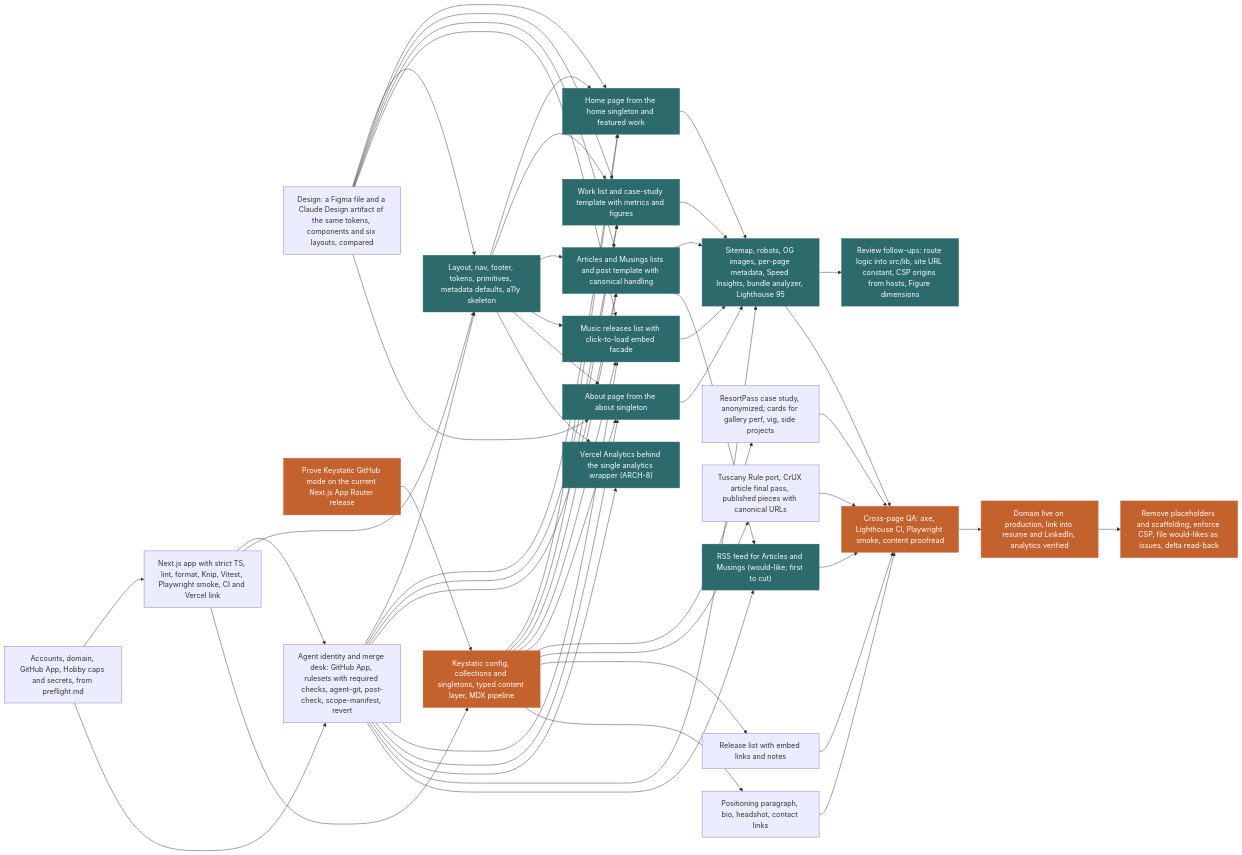
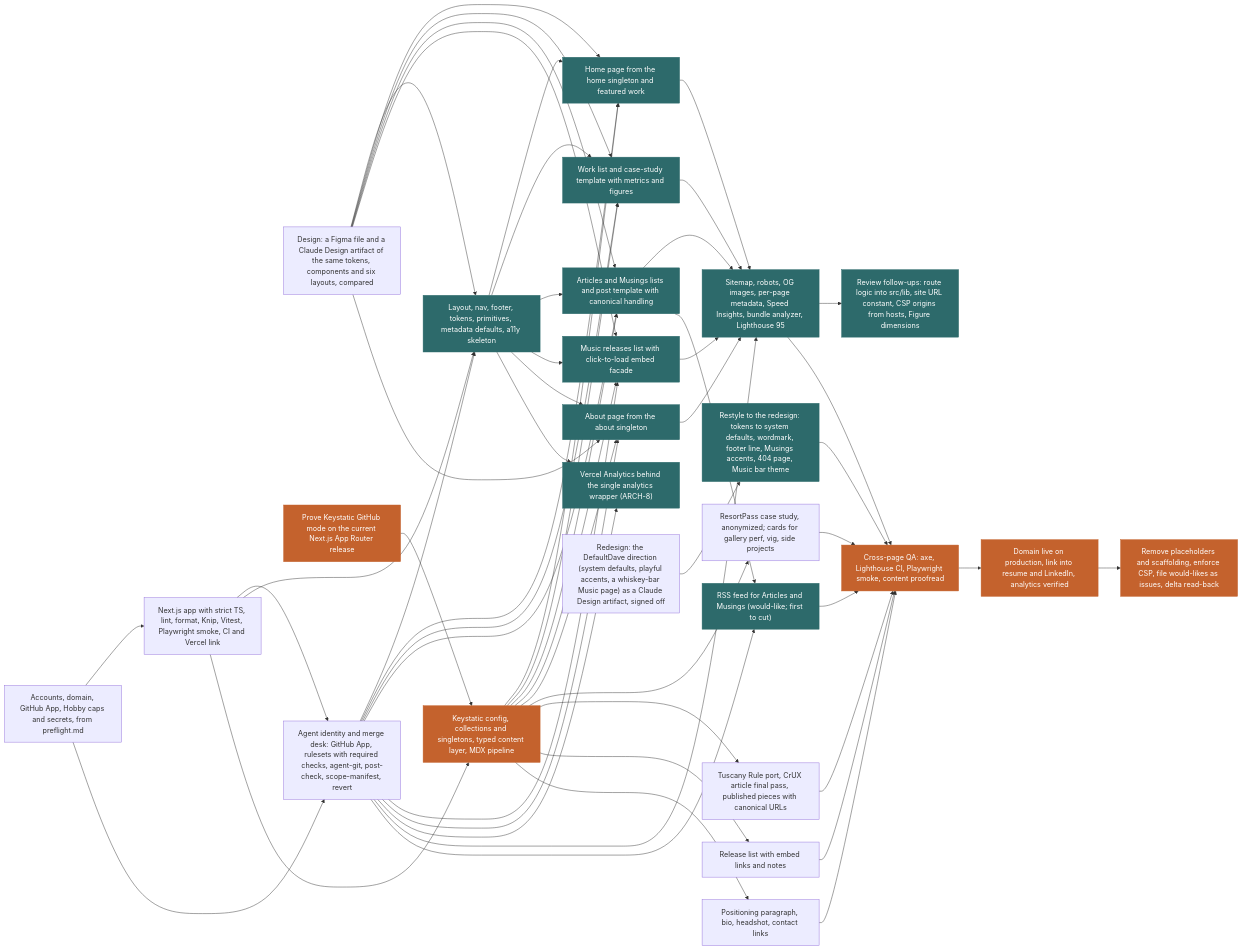
Before and after one commit to defaultdave/defaultdave: the diagram in docs/plan/plan-report.md, drawn with Mermaid. The commit also changed other lines of this file and 4 other files, not shown here.

First line of the commit message:
PM bookkeeping: redesign and restyle units, redesign signed off, restyle started (#99)

````diff
--- a/docs/plan/plan-report.md
+++ b/docs/plan/plan-report.md
@@ -121,6 +125,8 @@
   u_cleanup["Review follow-ups: route logic into src/lib, site URL constant, CSP origins from hosts, Figure dimensions"]
   u_seo_perf["Sitemap, robots, OG images, per-page metadata, Speed Insights, bundle analyzer, Lighthouse 95"]
   u_feed["RSS feed for Articles and Musings (would-like; first to cut)"]
+  u_redesign["Redesign: the DefaultDave direction (system defaults, playful accents, a whiskey-bar Music page) as a Claude Design artifact, signed off"]
+  u_restyle["Restyle to the redesign: tokens to system defaults, wordmark, footer line, Musings accents, 404 page, Music bar theme"]
   u_qa_pass["Cross-page QA: axe, Lighthouse CI, Playwright smoke, content proofread"]
   u_launch["Domain live on production, link into resume and LinkedIn, analytics verified"]
   u_tail["Remove placeholders and scaffolding, enforce CSP, file would-likes as issues, delta read-back"]
@@ -167,16 +173,18 @@
   u_merge_desk --> u_seo_perf
   u_page_writing --> u_feed
   u_merge_desk --> u_feed
+  u_redesign --> u_restyle
   u_seo_perf --> u_qa_pass
   u_feed --> u_qa_pass
   u_content_work --> u_qa_pass
   u_content_writing --> u_qa_pass
   u_content_music --> u_qa_pass
   u_content_home_about --> u_qa_pass
+  u_restyle --> u_qa_pass
   u_qa_pass --> u_launch
   u_launch --> u_tail
   classDef critical fill:#c4622d,stroke:#c4622d,color:#ffffff
   classDef fanout fill:#2d6a6b,stroke:#2d6a6b,color:#ffffff
   class u_keystatic_spike,u_cms,u_page_work,u_page_writing,u_seo_perf,u_qa_pass,u_launch,u_tail critical
-  class u_shell,u_page_home,u_page_work,u_page_writing,u_page_music,u_page_about,u_analytics,u_cleanup,u_seo_perf,u_feed fanout
+  class u_shell,u_page_home,u_page_work,u_page_writing,u_page_music,u_page_about,u_analytics,u_cleanup,u_seo_perf,u_feed,u_restyle fanout
 ```
````
